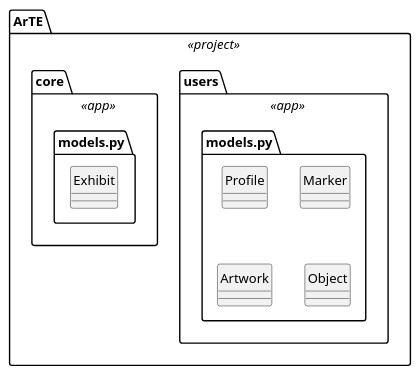
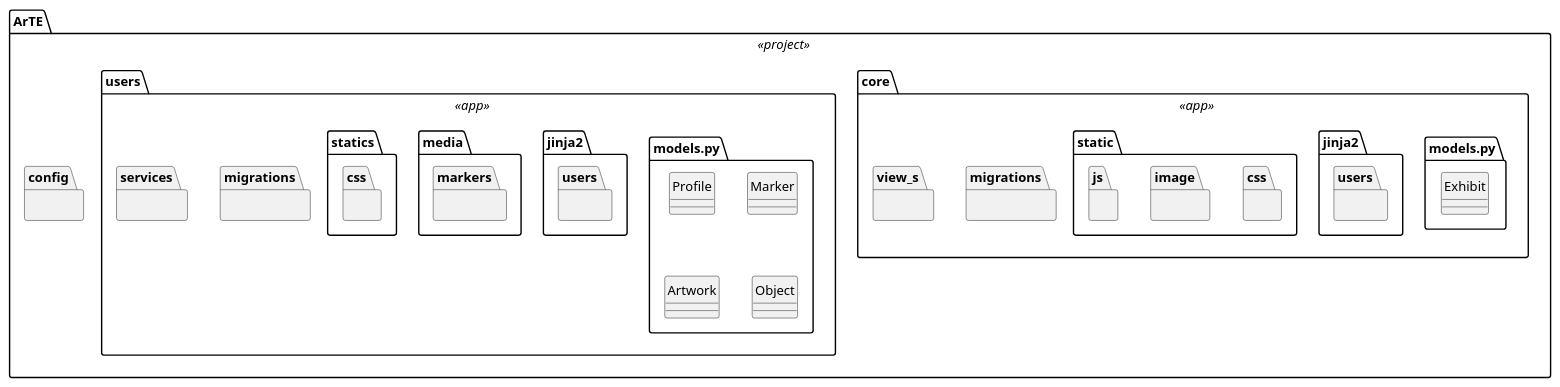
One commit to memeLab/Jandig changed the diagram in docs/images/plantUML/package-diagram-logical-view.puml. Above: the diagram before and after it, drawn with PlantUML.

Commit message:
Update package diagram logical view

```diff
--- a/docs/images/plantUML/package-diagram-logical-view.puml
+++ b/docs/images/plantUML/package-diagram-logical-view.puml
@@ -1,22 +1,73 @@
 @startuml
 
 hide circle
 
 package ArTE <<project>> {
+    package config {
+
+    }
+
+    package core <<app>> {
+        package "models.py" as M2 {
+            class Exhibit
+        }
+
+        package jinja2 {
+            package users {
+
+            }
+        }
+
+        package migrations {
+            
+        }
+
+        package static {
+            package css {
+            
+            }
+            package image {
+            
+            }
+            package js {
+            
+            }
+        }
+
+        package view_s {
+            
+        }
+    }
+
     package users <<app>> {
         package "models.py" as M1 {
             class Profile
             class Marker
             class Artwork
             class Object
         }
+        package jinja2 {
+            package users {
+
+            }
+        }
+        package media {
+            package markers {
+                
+            }
+        }
+        package migrations {
+
+        }
+        package services {
+
+        }
+        package statics {
+            package css {
+            }
+        }
     }
 
-    package core <<app>> {
-        package "models.py" as M2 {
-            class Exhibit
-        }
-    }
 }
        
 @enduml
```
